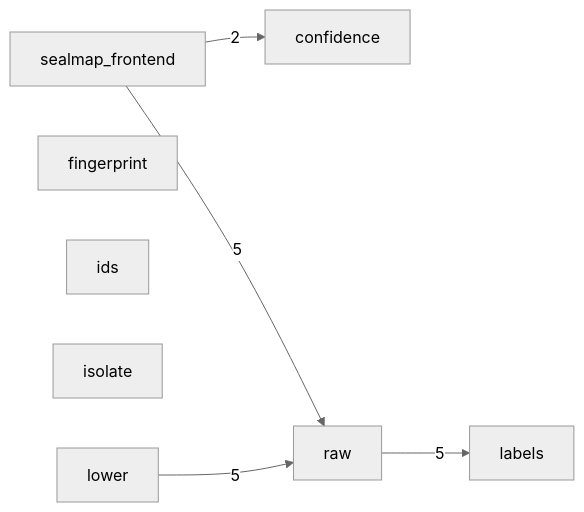
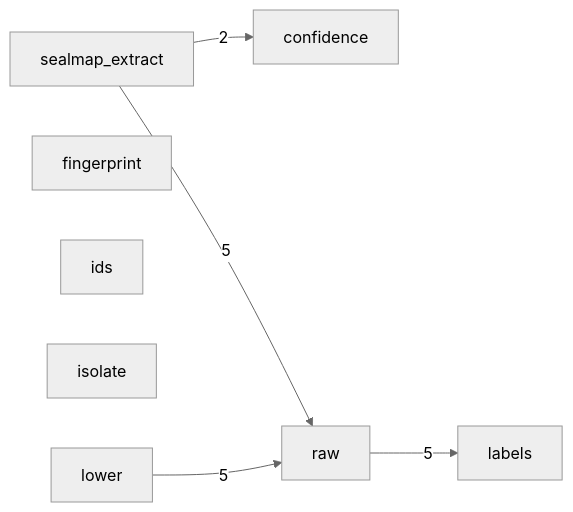
The third of 12 diagrams in docs/sealmap/_overview.md (DreamLab-AI/codemaid), drawn with Mermaid (neutral theme) before and after one commit. The commit also changed other lines of this file and 29 other files, not shown here.

````diff
--- a/docs/sealmap/_overview.md
+++ b/docs/sealmap/_overview.md
@@ -103,15 +103,15 @@
 ```mermaid
 flowchart LR
-  sealmap_frontend["sealmap_frontend"]
-  sealmap_frontend__confidence["confidence"]
-  sealmap_frontend__fingerprint["fingerprint"]
-  sealmap_frontend__ids["ids"]
-  sealmap_frontend__isolate["isolate"]
-  sealmap_frontend__labels["labels"]
-  sealmap_frontend__lower["lower"]
-  sealmap_frontend__raw["raw"]
-  sealmap_frontend -->|"2"| sealmap_frontend__confidence
-  sealmap_frontend -->|"5"| sealmap_frontend__raw
-  sealmap_frontend__lower -->|"5"| sealmap_frontend__raw
-  sealmap_frontend__raw -->|"5"| sealmap_frontend__labels
+  sealmap_extract["sealmap_extract"]
+  sealmap_extract__confidence["confidence"]
+  sealmap_extract__fingerprint["fingerprint"]
+  sealmap_extract__ids["ids"]
+  sealmap_extract__isolate["isolate"]
+  sealmap_extract__labels["labels"]
+  sealmap_extract__lower["lower"]
+  sealmap_extract__raw["raw"]
+  sealmap_extract -->|"2"| sealmap_extract__confidence
+  sealmap_extract -->|"5"| sealmap_extract__raw
+  sealmap_extract__lower -->|"5"| sealmap_extract__raw
+  sealmap_extract__raw -->|"5"| sealmap_extract__labels
 ```
````
